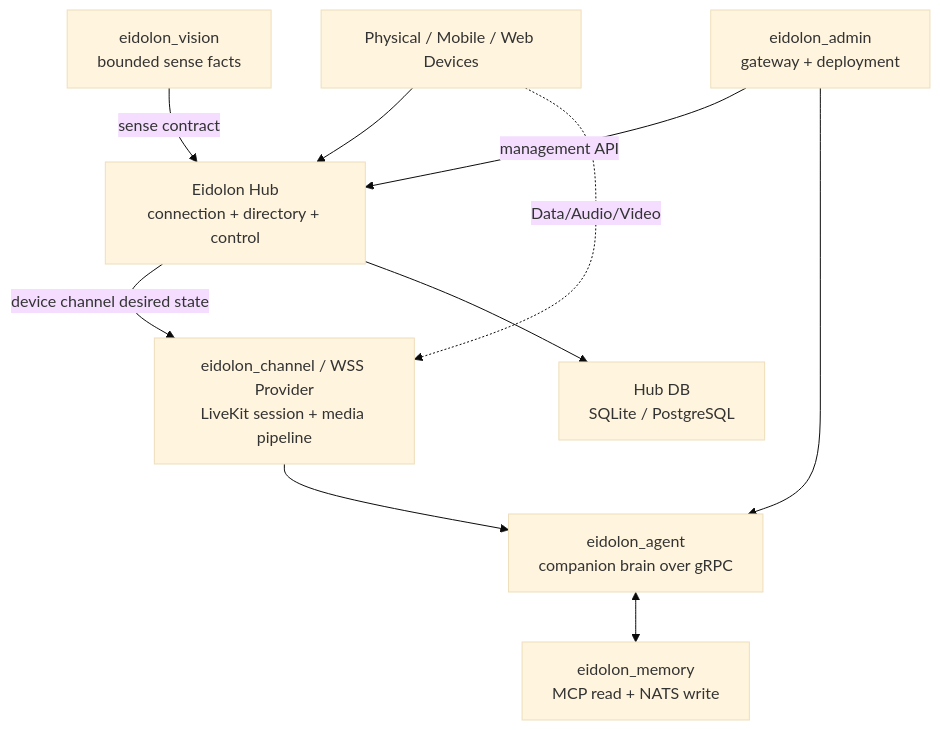
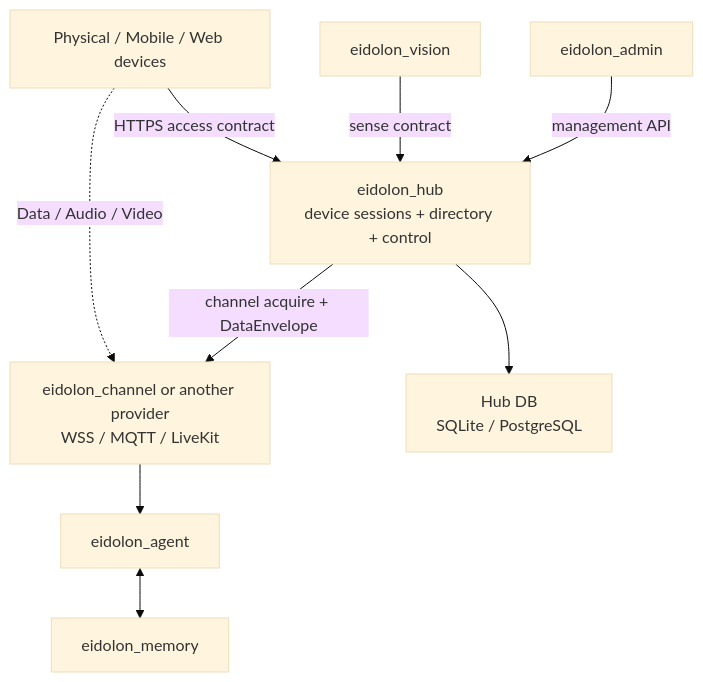
One commit to eidolon-os/eidolon_hub changed the diagram in docs/architecture/eidolon-os-integration.md. Above: the diagram before and after it, drawn with Mermaid (base theme). The commit also changed other lines of this file and 147 other files, not shown here.

Commit message:
refactor: replace connection plane with device sessions

````diff
--- a/docs/architecture/eidolon-os-integration.md
+++ b/docs/architecture/eidolon-os-integration.md
@@ -9,21 +5,20 @@
 ```mermaid
 flowchart TB
-    Clients["Physical / Mobile / Web Devices"]
-    Hub["Eidolon Hub<br/>connection + directory + control"]
-    Provider["eidolon_channel / WSS Provider<br/>LiveKit session + media pipeline"]
-    Agent["eidolon_agent<br/>companion brain over gRPC"]
-    Memory["eidolon_memory<br/>MCP read + NATS write"]
-    Vision["eidolon_vision<br/>bounded sense facts"]
+    Devices["Physical / Mobile / Web devices"]
+    Hub["eidolon_hub<br/>device sessions + directory + control"]
+    Provider["eidolon_channel or another provider<br/>WSS / MQTT / LiveKit"]
+    Agent["eidolon_agent"]
+    Memory["eidolon_memory"]
+    Vision["eidolon_vision"]
+    Admin["eidolon_admin"]
     HubDB["Hub DB<br/>SQLite / PostgreSQL"]
-    Admin["eidolon_admin<br/>gateway + deployment"]
 
-    Clients --> Hub
-    Hub -->|"device channel desired state"| Provider
-    Clients -. "Data/Audio/Video" .-> Provider
+    Devices -->|"HTTPS access contract"| Hub
+    Devices -. "Data / Audio / Video" .-> Provider
+    Hub -->|"channel acquire + DataEnvelope"| Provider
     Provider --> Agent
     Agent <--> Memory
     Vision -->|"sense contract"| Hub
+    Admin -->|"management API"| Hub
     Hub --> HubDB
-    Admin -->|"management API"| Hub
-    Admin --> Agent
 ```
````
